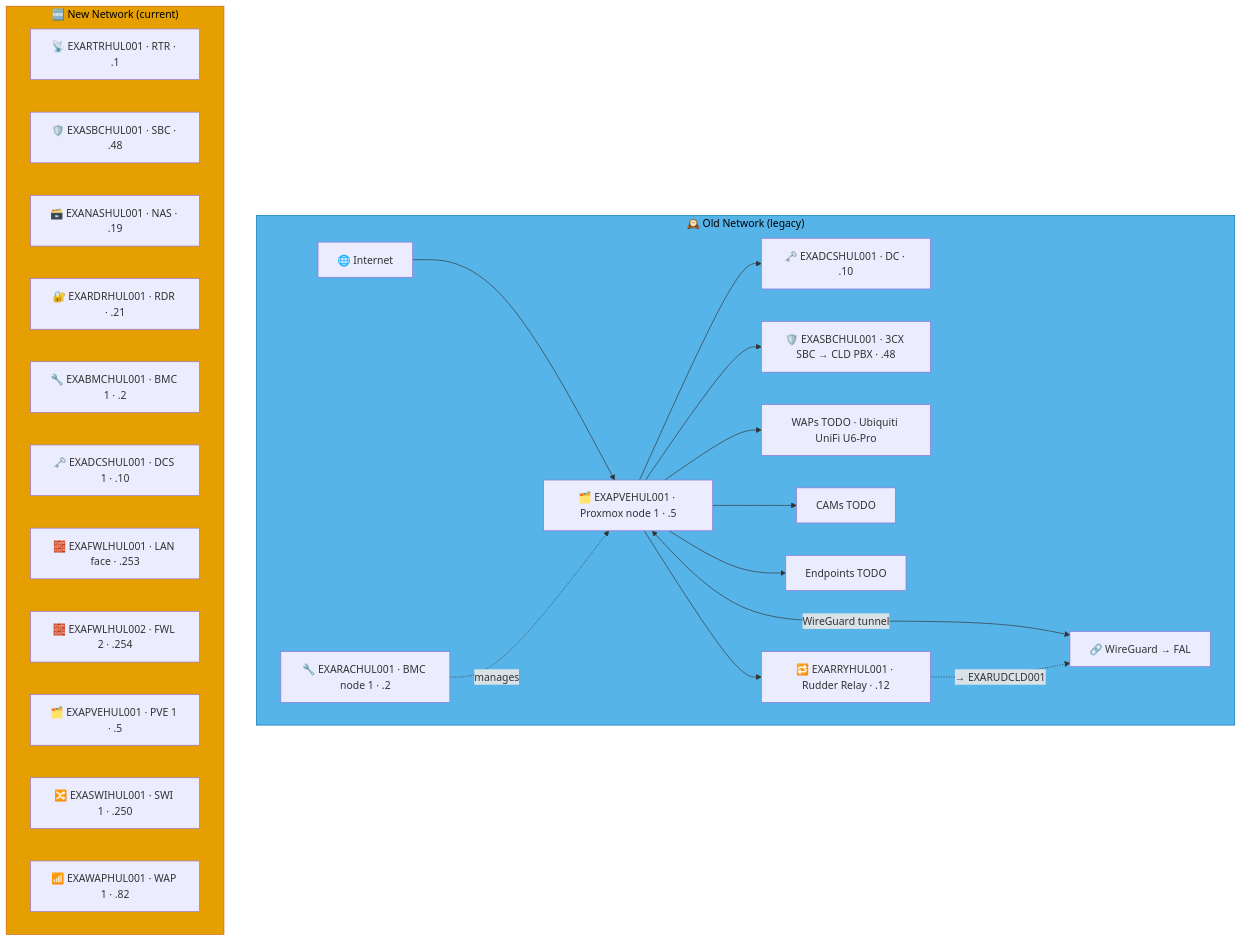
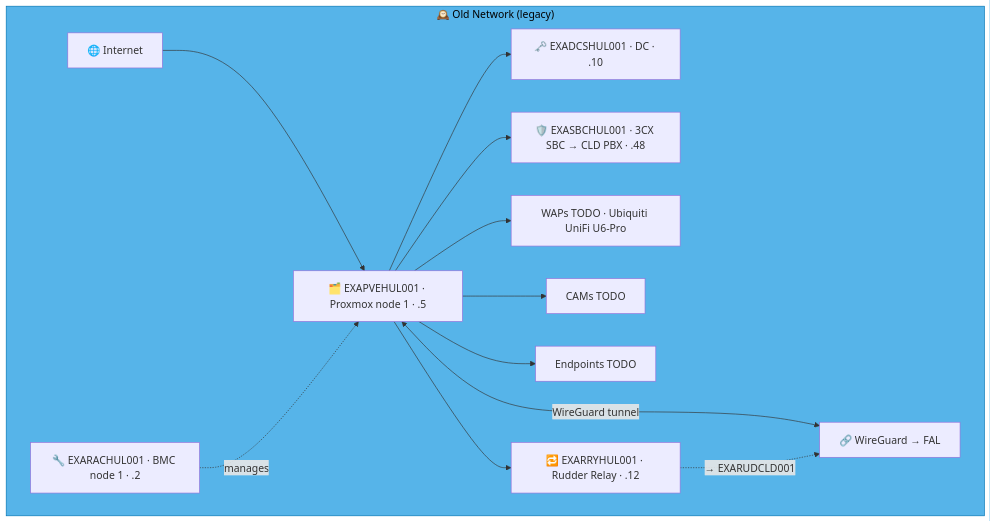
Before and after one commit to knightmare2600/example_music_infra: diagram 15 of 18 in docs/network-diagram/england.md, drawn with Mermaid. The commit also changed other lines of this file and 35 other files, not shown here.

````diff
--- a/docs/network-diagram/england.md
+++ b/docs/network-diagram/england.md
@@ -430,40 +611,24 @@
 ```mermaid
 graph TD
     subgraph OLD_HUL ["🕰️ Old Network (legacy)"]
       INET["🌐 Internet"]
       RAC["🔧 EXARACHUL001 · BMC node 1 · .2"]
       PVE["🗂️ EXAPVEHUL001 · Proxmox node 1 · .5"]
       DC["🗝️ EXADCSHUL001 · DC · .10"]
       SBC["🛡️ EXASBCHUL001 · 3CX SBC → CLD PBX · .48"]
       RRY["🔁 EXARRYHUL001 · Rudder Relay · .12"]
       WAP["WAPs TODO · Ubiquiti UniFi U6-Pro"]
       CAM["CAMs TODO"]
       EP["Endpoints TODO"]
       VPN["🔗 WireGuard → FAL"]
 
       INET --> PVE --> DC & SBC
       RAC -.->|"manages"| PVE
       PVE --> WAP & CAM & EP
       PVE <-->|"WireGuard tunnel"| VPN
 
       PVE --> RRY
       RRY -. "→ EXARUDCLD001" .-> VPN
     end
     style OLD_HUL fill:#56B4E9,stroke:#0072B2,color:#000000
-    %% GENERATED:NEW-NETWORK:HUL:START
-    subgraph NEW_HUL ["🆕 New Network (current)"]
-      N_RTR["📡 EXARTRHUL001 · RTR · .1"]
-      N_SBC["🛡️ EXASBCHUL001 · SBC · .48"]
-      N_NAS["🗃️ EXANASHUL001 · NAS · .19"]
-      N_RDR["🔐 EXARDRHUL001 · RDR · .21"]
-      N_BMC["🔧 EXABMCHUL001 · BMC 1 · .2"]
-      N_DCS["🗝️ EXADCSHUL001 · DCS 1 · .10"]
-      N_FWL["🧱 EXAFWLHUL001 · LAN face · .253"]
-      N_FWL2["🧱 EXAFWLHUL002 · FWL 2 · .254"]
-      N_PVE["🗂️ EXAPVEHUL001 · PVE 1 · .5"]
-      N_SWI["🔀 EXASWIHUL001 · SWI 1 · .250"]
-      N_WAP["📶 EXAWAPHUL001 · WAP 1 · .82"]
-    end
-    style NEW_HUL fill:#E69F00,stroke:#D55E00,color:#000000
-    %% GENERATED:NEW-NETWORK:HUL:END
 ```
````
